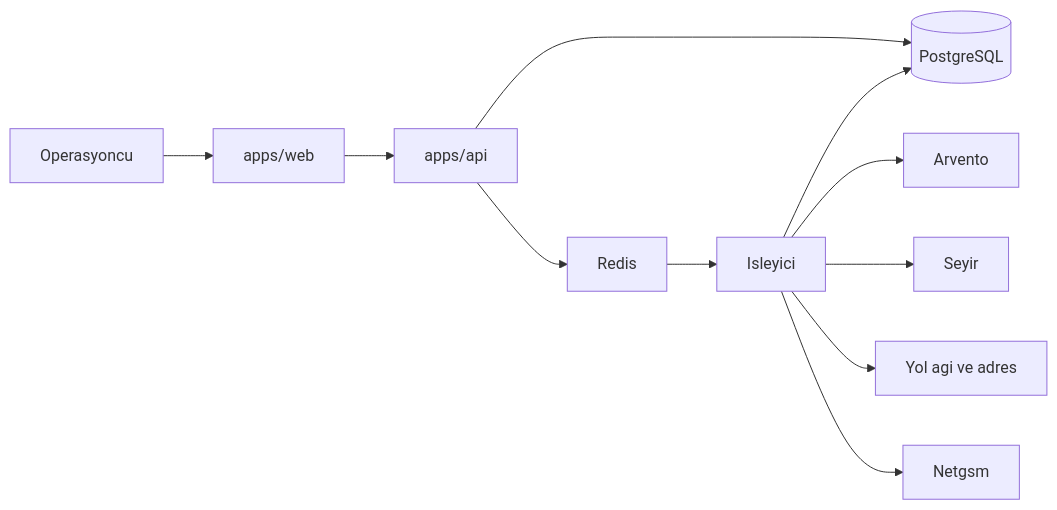
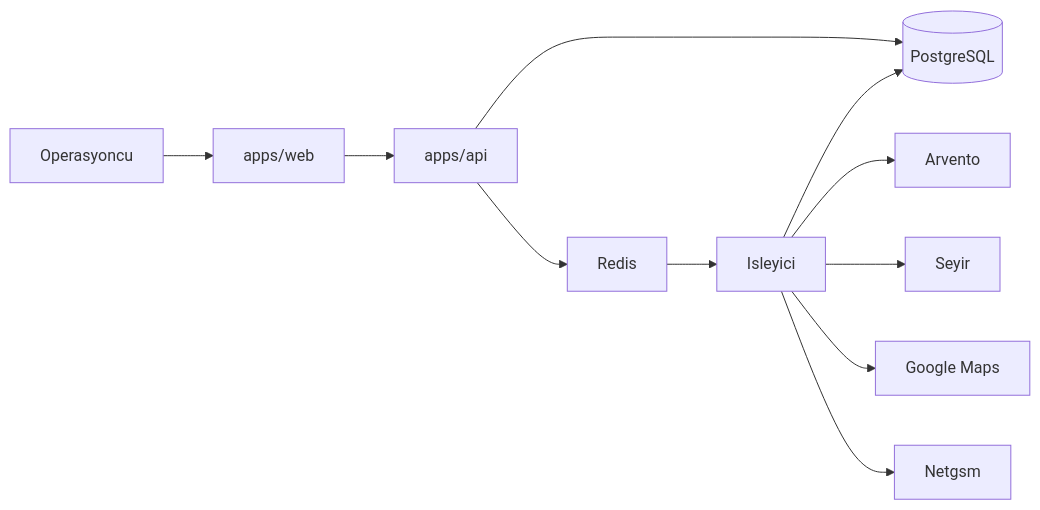
The diagram in docs/mimari-ve-teslimat.md (muslumcanozata/backhaul), drawn with Mermaid before and after one commit. The commit also changed other lines of this file and 3 other files, not shown here.

First line of the commit message:
Record return freight, fleet, and Google Maps decisions.

````diff
--- a/docs/mimari-ve-teslimat.md
+++ b/docs/mimari-ve-teslimat.md
@@ -37,20 +37,20 @@
 ```mermaid
 flowchart LR
   ops[Operasyoncu]
   web[apps/web]
   api[apps/api]
   db[(PostgreSQL)]
   queue[Redis]
   worker[Isleyici]
   arvento[Arvento]
   seyir[Seyir]
-  road[Yol agi ve adres]
+  google[Google Maps]
   netgsm[Netgsm]
   ops --> web --> api --> db
   api --> queue --> worker
   worker --> arvento
   worker --> seyir
-  worker --> road
+  worker --> google
   worker --> netgsm
   worker --> db
 ```
````
